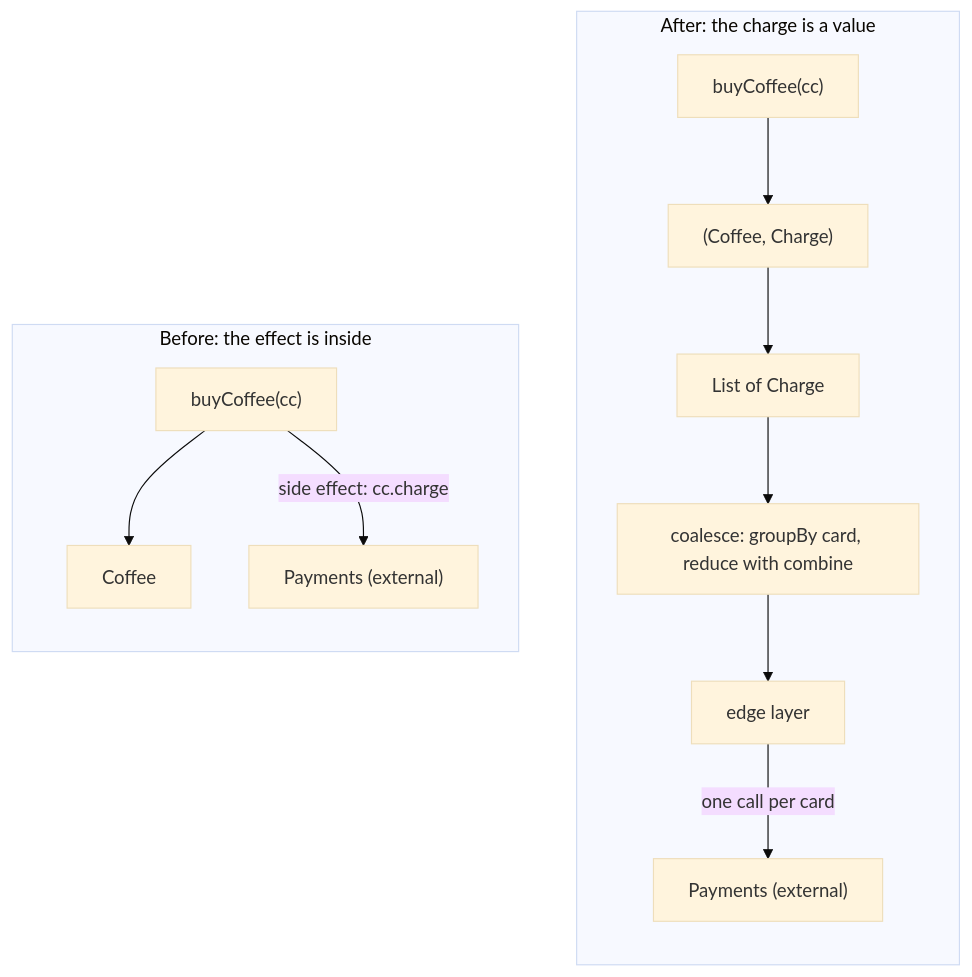
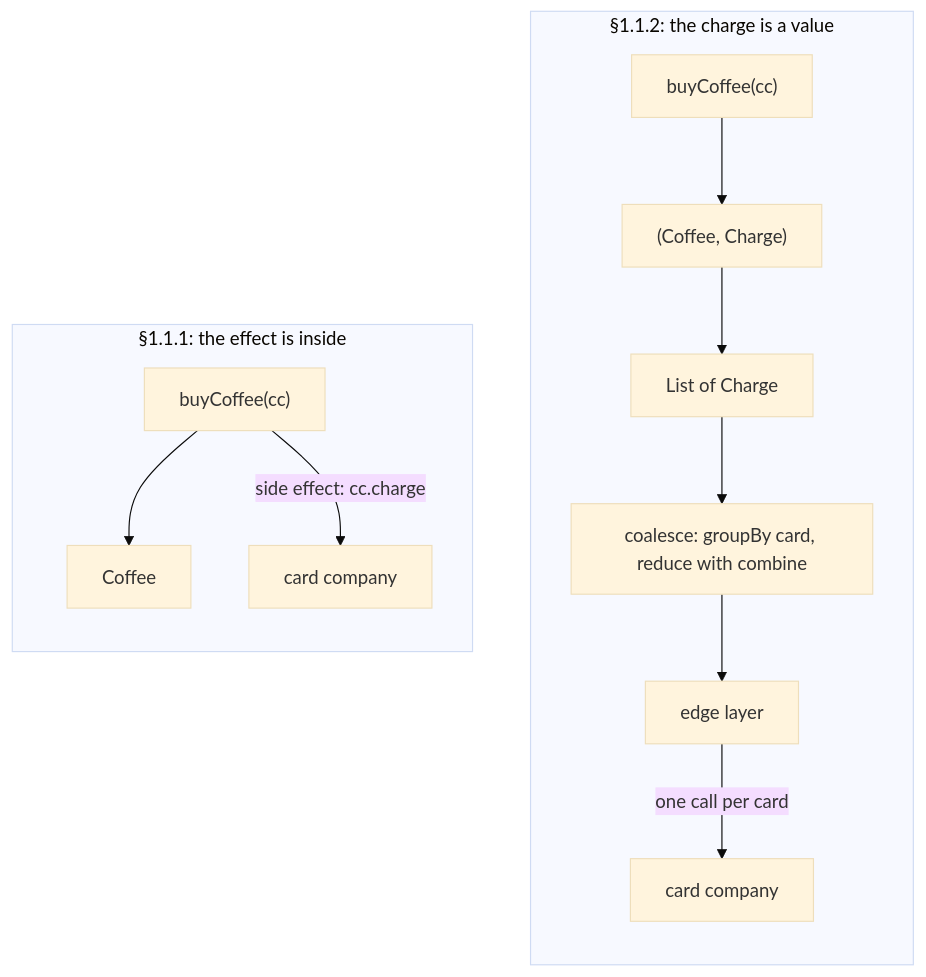
The diagram in dojo/lessons/2026-10-06-1-what-is-fp-referential-transparency-and-the-substitution.md (yurii-mysak/scala-training-docs), drawn with Mermaid (base theme) before and after one commit. The commit also changed other lines of this file and 8 other files, not shown here.

````diff
--- a/dojo/lessons/2026-10-06-1-what-is-fp-referential-transparency-and-the-substitution.md
+++ b/dojo/lessons/2026-10-06-1-what-is-fp-referential-transparency-and-the-substitution.md
@@ -72,17 +112,17 @@
 ```mermaid
 flowchart LR
-    subgraph before["Before: the effect is inside"]
+    subgraph before["§1.1.1: the effect is inside"]
         direction TB
         A1["buyCoffee(cc)"] --> C1["Coffee"]
-        A1 -->|"side effect: cc.charge"| P1["Payments (external)"]
+        A1 -->|"side effect: cc.charge"| P1["card company"]
     end
-    subgraph after["After: the charge is a value"]
+    subgraph after["§1.1.2: the charge is a value"]
         direction TB
         A2["buyCoffee(cc)"] --> V2["(Coffee, Charge)"]
         V2 --> L2["List of Charge"]
         L2 --> CO["coalesce: groupBy card, reduce with combine"]
         CO --> E2["edge layer"]
-        E2 -->|"one call per card"| P2["Payments (external)"]
+        E2 -->|"one call per card"| P2["card company"]
     end
     before ~~~ after
 ```
````
